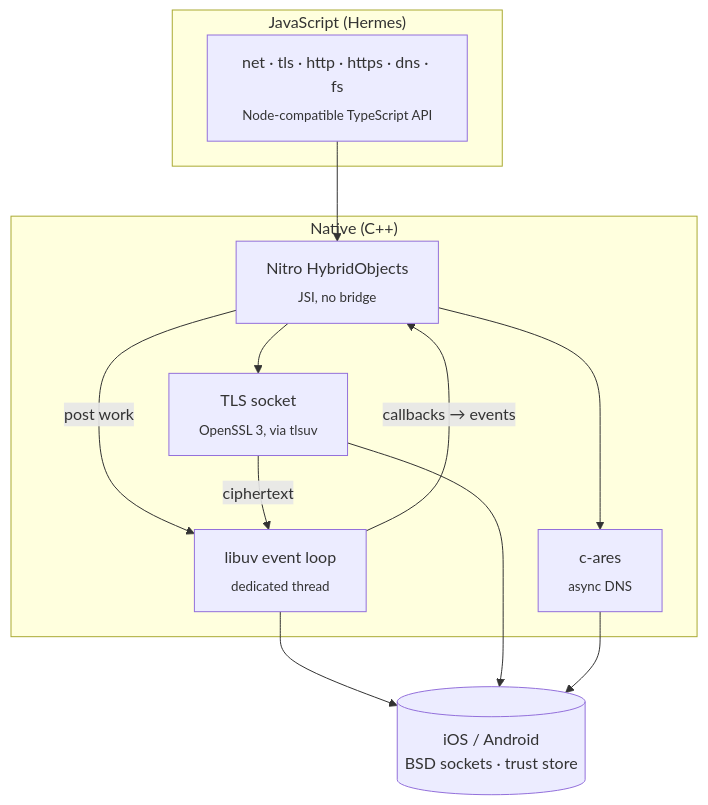
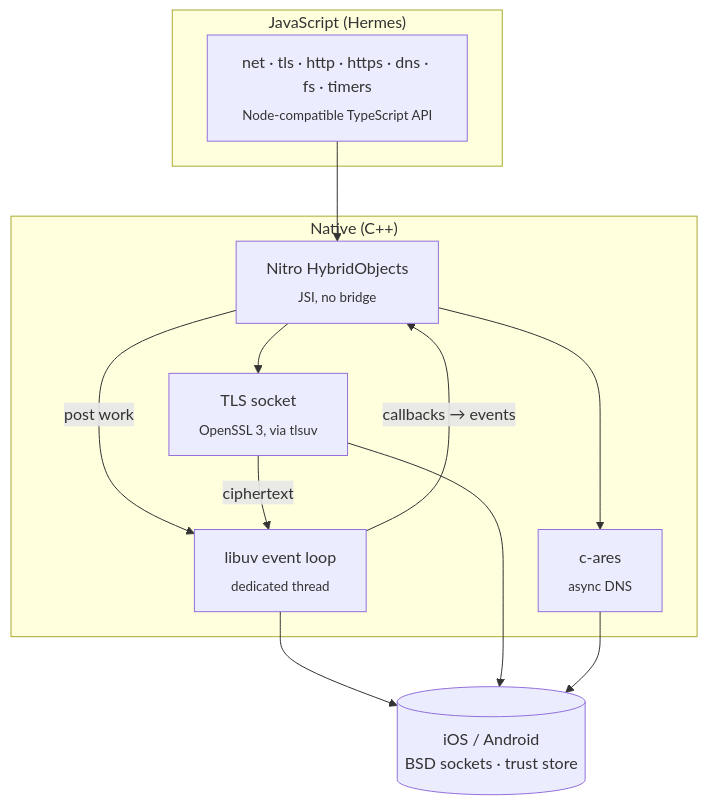
Before and after one commit to gmanole01/react-native-nitro-node: the diagram in README.md, drawn with Mermaid. The commit also changed other lines of this file and 22 other files, not shown here.

````diff
--- a/README.md
+++ b/README.md
@@ -378,25 +463,25 @@
 ```mermaid
 flowchart TB
     subgraph JS["JavaScript (Hermes)"]
-        API["net · tls · http · https · dns · fs<br/><sub>Node-compatible TypeScript API</sub>"]
+        API["net · tls · http · https · dns · fs · timers<br/><sub>Node-compatible TypeScript API</sub>"]
     end
 
     subgraph Native["Native (C++)"]
         Nitro["Nitro HybridObjects<br/><sub>JSI, no bridge</sub>"]
         Loop["libuv event loop<br/><sub>dedicated thread</sub>"]
         TLS["TLS socket<br/><sub>OpenSSL 3, via tlsuv</sub>"]
         Ares["c-ares<br/><sub>async DNS</sub>"]
     end
 
     OS[("iOS / Android<br/>BSD sockets · trust store")]
 
     API --> Nitro
     Nitro -- "post work" --> Loop
     Loop -- "callbacks → events" --> Nitro
     Nitro --> TLS
     TLS -- "ciphertext" --> Loop
     Nitro --> Ares
     Loop --> OS
     TLS --> OS
     Ares --> OS
 ```
````
